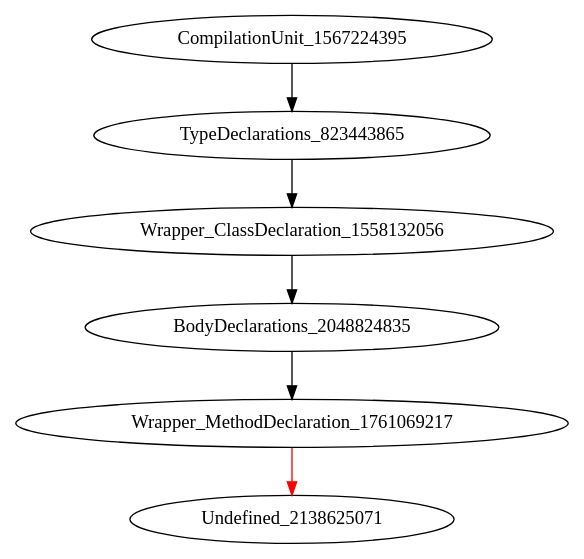
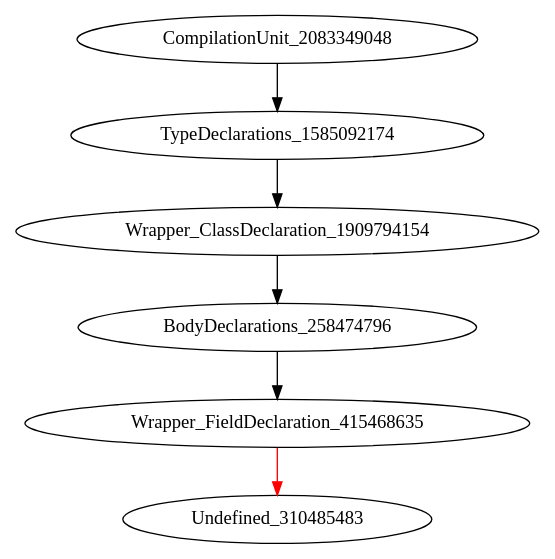
One commit to icse2023material/VoiceJava changed the diagram in holeAST.dot. Above: the diagram before and after it, drawn with Graphviz. The commit also changed 10 other files, not shown here.

```diff
--- a/holeAST.dot
+++ b/holeAST.dot
@@ -1,7 +1,7 @@
 digraph {
-CompilationUnit_1567224395 -> TypeDeclarations_823443865
-TypeDeclarations_823443865 -> Wrapper_ClassDeclaration_1558132056
-Wrapper_ClassDeclaration_1558132056 -> BodyDeclarations_2048824835
-BodyDeclarations_2048824835 -> Wrapper_MethodDeclaration_1761069217
-Wrapper_MethodDeclaration_1761069217 -> Undefined_2138625071 [color = red] 
+CompilationUnit_2083349048 -> TypeDeclarations_1585092174
+TypeDeclarations_1585092174 -> Wrapper_ClassDeclaration_1909794154
+Wrapper_ClassDeclaration_1909794154 -> BodyDeclarations_258474796
+BodyDeclarations_258474796 -> Wrapper_FieldDeclaration_415468635
+Wrapper_FieldDeclaration_415468635 -> Undefined_310485483 [color = red] 
 }
```
